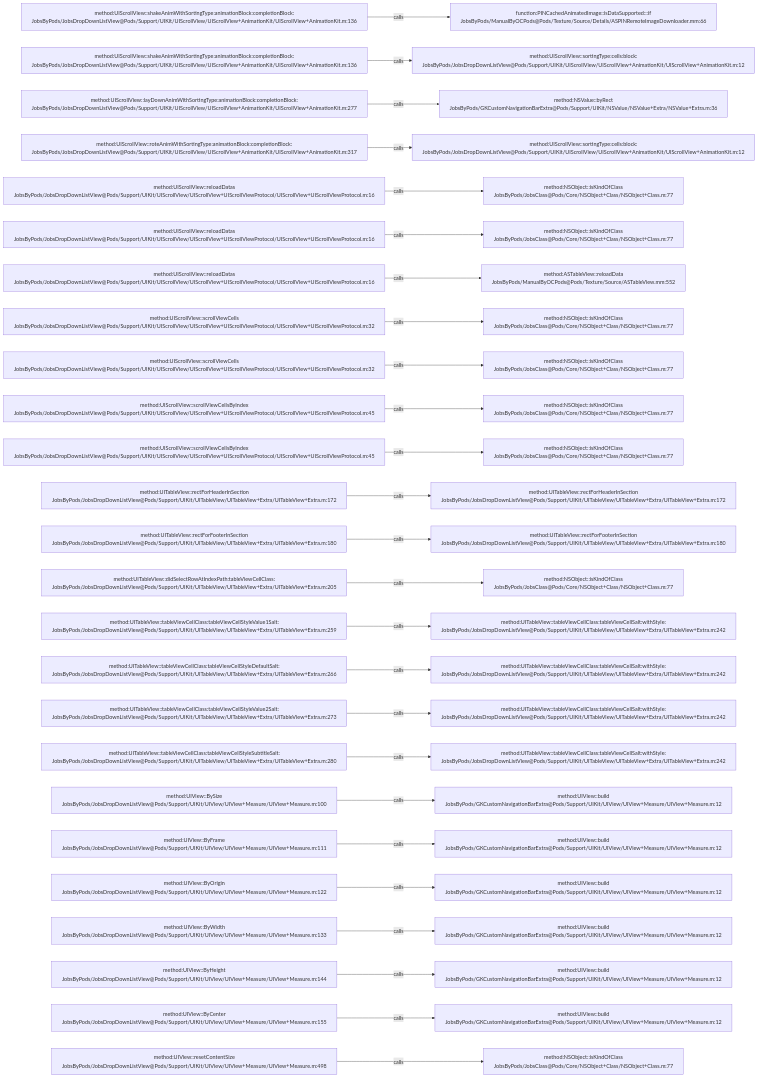
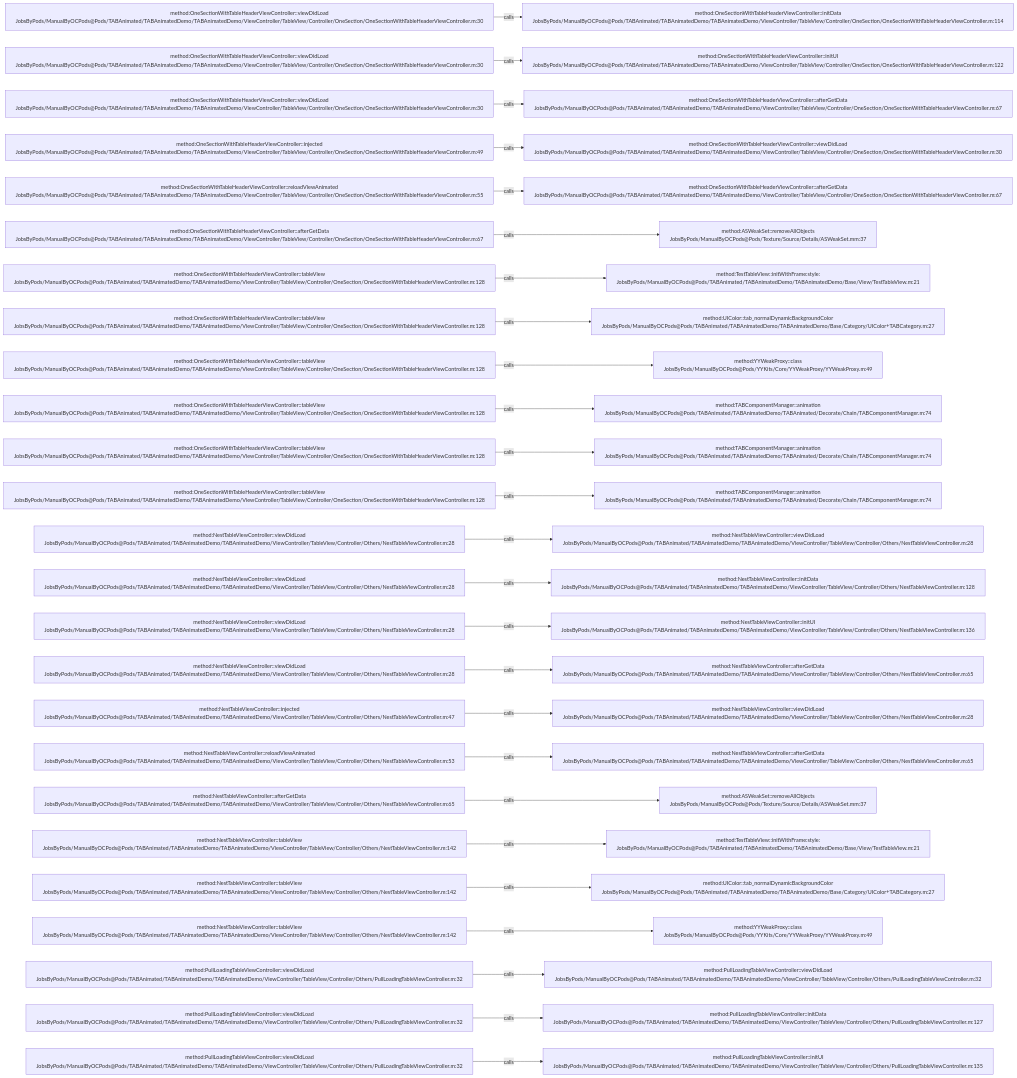
Before and after one commit to JobsKits/JobsOCBaseConfigDemo: the diagram in .codegraph/codegraph.md/graphs/calls-065.md, drawn with Mermaid. The commit also changed 2162 other files, not shown here.

````diff
--- a/.codegraph/codegraph.md/graphs/calls-065.md
+++ b/.codegraph/codegraph.md/graphs/calls-065.md
@@ -13,78 +13,78 @@
 ```mermaid
 flowchart LR
-  S1["method:UIScrollView::shakeAnimWithSortingType:animationBlock:completionBlock:<br/>JobsByPods/JobsDropDownListView@Pods/Support/UIKit/UIScrollView/UIScrollView+AnimationKit/UIScrollView+AnimationKit.m:136"]
-  T1["function:PINCachedAnimatedImage::isDataSupported:::if<br/>JobsByPods/ManualByOCPods@Pods/Texture/Source/Details/ASPINRemoteImageDownloader.mm:66"]
+  S1["method:OneSectionWithTableHeaderViewController::viewDidLoad<br/>JobsByPods/ManualByOCPods@Pods/TABAnimated/TABAnimatedDemo/TABAnimatedDemo/ViewController/TableView/Controller/OneSection/OneSectionWithTableHeaderViewController.m:30"]
+  T1["method:OneSectionWithTableHeaderViewController::initData<br/>JobsByPods/ManualByOCPods@Pods/TABAnimated/TABAnimatedDemo/TABAnimatedDemo/ViewController/TableView/Controller/OneSection/OneSectionWithTableHeaderViewController.m:114"]
   S1 -->|calls| T1
-  S2["method:UIScrollView::shakeAnimWithSortingType:animationBlock:completionBlock:<br/>JobsByPods/JobsDropDownListView@Pods/Support/UIKit/UIScrollView/UIScrollView+AnimationKit/UIScrollView+AnimationKit.m:136"]
-  T2["method:UIScrollView::sortingType:cells:block:<br/>JobsByPods/JobsDropDownListView@Pods/Support/UIKit/UIScrollView/UIScrollView+AnimationKit/UIScrollView+AnimationKit.m:12"]
+  S2["method:OneSectionWithTableHeaderViewController::viewDidLoad<br/>JobsByPods/ManualByOCPods@Pods/TABAnimated/TABAnimatedDemo/TABAnimatedDemo/ViewController/TableView/Controller/OneSection/OneSectionWithTableHeaderViewController.m:30"]
+  T2["method:OneSectionWithTableHeaderViewController::initUI<br/>JobsByPods/ManualByOCPods@Pods/TABAnimated/TABAnimatedDemo/TABAnimatedDemo/ViewController/TableView/Controller/OneSection/OneSectionWithTableHeaderViewController.m:122"]
   S2 -->|calls| T2
-  S3["method:UIScrollView::layDownAnimWithSortingType:animationBlock:completionBlock:<br/>JobsByPods/JobsDropDownListView@Pods/Support/UIKit/UIScrollView/UIScrollView+AnimationKit/UIScrollView+AnimationKit.m:277"]
-  T3["method:NSValue::byRect<br/>JobsByPods/GKCustomNavigationBarExtra@Pods/Support/UIKit/NSValue/NSValue+Extra/NSValue+Extra.m:36"]
+  S3["method:OneSectionWithTableHeaderViewController::viewDidLoad<br/>JobsByPods/ManualByOCPods@Pods/TABAnimated/TABAnimatedDemo/TABAnimatedDemo/ViewController/TableView/Controller/OneSection/OneSectionWithTableHeaderViewController.m:30"]
+  T3["method:OneSectionWithTableHeaderViewController::afterGetData<br/>JobsByPods/ManualByOCPods@Pods/TABAnimated/TABAnimatedDemo/TABAnimatedDemo/ViewController/TableView/Controller/OneSection/OneSectionWithTableHeaderViewController.m:67"]
   S3 -->|calls| T3
-  S4["method:UIScrollView::roteAnimWithSortingType:animationBlock:completionBlock:<br/>JobsByPods/JobsDropDownListView@Pods/Support/UIKit/UIScrollView/UIScrollView+AnimationKit/UIScrollView+AnimationKit.m:317"]
-  T4["method:UIScrollView::sortingType:cells:block:<br/>JobsByPods/JobsDropDownListView@Pods/Support/UIKit/UIScrollView/UIScrollView+AnimationKit/UIScrollView+AnimationKit.m:12"]
+  S4["method:OneSectionWithTableHeaderViewController::injected<br/>JobsByPods/ManualByOCPods@Pods/TABAnimated/TABAnimatedDemo/TABAnimatedDemo/ViewController/TableView/Controller/OneSection/OneSectionWithTableHeaderViewController.m:49"]
+  T4["method:OneSectionWithTableHeaderViewController::viewDidLoad<br/>JobsByPods/ManualByOCPods@Pods/TABAnimated/TABAnimatedDemo/TABAnimatedDemo/ViewController/TableView/Controller/OneSection/OneSectionWithTableHeaderViewController.m:30"]
   S4 -->|calls| T4
-  S5["method:UIScrollView::reloadDatas<br/>JobsByPods/JobsDropDownListView@Pods/Support/UIKit/UIScrollView/UIScrollView+UIScrollViewProtocol/UIScrollView+UIScrollViewProtocol.m:16"]
-  T5["method:NSObject::isKindOfClass<br/>JobsByPods/JobsClass@Pods/Core/NSObject+Class/NSObject+Class.m:77"]
+  S5["method:OneSectionWithTableHeaderViewController::reloadViewAnimated<br/>JobsByPods/ManualByOCPods@Pods/TABAnimated/TABAnimatedDemo/TABAnimatedDemo/ViewController/TableView/Controller/OneSection/OneSectionWithTableHeaderViewController.m:55"]
+  T5["method:OneSectionWithTableHeaderViewController::afterGetData<br/>JobsByPods/ManualByOCPods@Pods/TABAnimated/TABAnimatedDemo/TABAnimatedDemo/ViewController/TableView/Controller/OneSection/OneSectionWithTableHeaderViewController.m:67"]
   S5 -->|calls| T5
-  S6["method:UIScrollView::reloadDatas<br/>JobsByPods/JobsDropDownListView@Pods/Support/UIKit/UIScrollView/UIScrollView+UIScrollViewProtocol/UIScrollView+UIScrollViewProtocol.m:16"]
-  T6["method:NSObject::isKindOfClass<br/>JobsByPods/JobsClass@Pods/Core/NSObject+Class/NSObject+Class.m:77"]
+  S6["method:OneSectionWithTableHeaderViewController::afterGetData<br/>JobsByPods/ManualByOCPods@Pods/TABAnimated/TABAnimatedDemo/TABAnimatedDemo/ViewController/TableView/Controller/OneSection/OneSectionWithTableHeaderViewController.m:67"]
+  T6["method:ASWeakSet::removeAllObjects<br/>JobsByPods/ManualByOCPods@Pods/Texture/Source/Details/ASWeakSet.mm:37"]
   S6 -->|calls| T6
-  S7["method:UIScrollView::reloadDatas<br/>JobsByPods/JobsDropDownListView@Pods/Support/UIKit/UIScrollView/UIScrollView+UIScrollViewProtocol/UIScrollView+UIScrollViewProtocol.m:16"]
-  T7["method:ASTableView::reloadData<br/>JobsByPods/ManualByOCPods@Pods/Texture/Source/ASTableView.mm:552"]
+  S7["method:OneSectionWithTableHeaderViewController::tableView<br/>JobsByPods/ManualByOCPods@Pods/TABAnimated/TABAnimatedDemo/TABAnimatedDemo/ViewController/TableView/Controller/OneSection/OneSectionWithTableHeaderViewController.m:128"]
+  T7["method:TestTableView::initWithFrame:style:<br/>JobsByPods/ManualByOCPods@Pods/TABAnimated/TABAnimatedDemo/TABAnimatedDemo/Base/View/TestTableView.m:21"]
   S7 -->|calls| T7
-  S8["method:UIScrollView::scrollViewCells<br/>JobsByPods/JobsDropDownListView@Pods/Support/UIKit/UIScrollView/UIScrollView+UIScrollViewProtocol/UIScrollView+UIScrollViewProtocol.m:32"]
-  T8["method:NSObject::isKindOfClass<br/>JobsByPods/JobsClass@Pods/Core/NSObject+Class/NSObject+Class.m:77"]
+  S8["method:OneSectionWithTableHeaderViewController::tableView<br/>JobsByPods/ManualByOCPods@Pods/TABAnimated/TABAnimatedDemo/TABAnimatedDemo/ViewController/TableView/Controller/OneSection/OneSectionWithTableHeaderViewController.m:128"]
+  T8["method:UIColor::tab_normalDynamicBackgroundColor<br/>JobsByPods/ManualByOCPods@Pods/TABAnimated/TABAnimatedDemo/TABAnimatedDemo/Base/Category/UIColor+TABCategory.m:27"]
   S8 -->|calls| T8
-  S9["method:UIScrollView::scrollViewCells<br/>JobsByPods/JobsDropDownListView@Pods/Support/UIKit/UIScrollView/UIScrollView+UIScrollViewProtocol/UIScrollView+UIScrollViewProtocol.m:32"]
-  T9["method:NSObject::isKindOfClass<br/>JobsByPods/JobsClass@Pods/Core/NSObject+Class/NSObject+Class.m:77"]
+  S9["method:OneSectionWithTableHeaderViewController::tableView<br/>JobsByPods/ManualByOCPods@Pods/TABAnimated/TABAnimatedDemo/TABAnimatedDemo/ViewController/TableView/Controller/OneSection/OneSectionWithTableHeaderViewController.m:128"]
+  T9["method:YYWeakProxy::class<br/>JobsByPods/ManualByOCPods@Pods/YYKits/Core/YYWeakProxy/YYWeakProxy.m:49"]
   S9 -->|calls| T9
-  S10["method:UIScrollView::scrollViewCellsByIndex<br/>JobsByPods/JobsDropDownListView@Pods/Support/UIKit/UIScrollView/UIScrollView+UIScrollViewProtocol/UIScrollView+UIScrollViewProtocol.m:45"]
-  T10["method:NSObject::isKindOfClass<br/>JobsByPods/JobsClass@Pods/Core/NSObject+Class/NSObject+Class.m:77"]
+  S10["method:OneSectionWithTableHeaderViewController::tableView<br/>JobsByPods/ManualByOCPods@Pods/TABAnimated/TABAnimatedDemo/TABAnimatedDemo/ViewController/TableView/Controller/OneSection/OneSectionWithTableHeaderViewController.m:128"]
+  T10["method:TABComponentManager::animation<br/>JobsByPods/ManualByOCPods@Pods/TABAnimated/TABAnimatedDemo/TABAnimated/Decorate/Chain/TABComponentManager.m:74"]
   S10 -->|calls| T10
-  S11["method:UIScrollView::scrollViewCellsByIndex<br/>JobsByPods/JobsDropDownListView@Pods/Support/UIKit/UIScrollView/UIScrollView+UIScrollViewProtocol/UIScrollView+UIScrollViewProtocol.m:45"]
-  T11["method:NSObject::isKindOfClass<br/>JobsByPods/JobsClass@Pods/Core/NSObject+Class/NSObject+Class.m:77"]
+  S11["method:OneSectionWithTableHeaderViewController::tableView<br/>JobsByPods/ManualByOCPods@Pods/TABAnimated/TABAnimatedDemo/TABAnimatedDemo/ViewController/TableView/Controller/OneSection/OneSectionWithTableHeaderViewController.m:128"]
+  T11["method:TABComponentManager::animation<br/>JobsByPods/ManualByOCPods@Pods/TABAnimated/TABAnimatedDemo/TABAnimated/Decorate/Chain/TABComponentManager.m:74"]
   S11 -->|calls| T11
-  S12["method:UITableView::rectForHeaderInSection<br/>JobsByPods/JobsDropDownListView@Pods/Support/UIKit/UITableView/UITableView+Extra/UITableView+Extra.m:172"]
-  T12["method:UITableView::rectForHeaderInSection<br/>JobsByPods/JobsDropDownListView@Pods/Support/UIKit/UITableView/UITableView+Extra/UITableView+Extra.m:172"]
+  S12["method:OneSectionWithTableHeaderViewController::tableView<br/>JobsByPods/ManualByOCPods@Pods/TABAnimated/TABAnimatedDemo/TABAnimatedDemo/ViewController/TableView/Controller/OneSection/OneSectionWithTableHeaderViewController.m:128"]
+  T12["method:TABComponentManager::animation<br/>JobsByPods/ManualByOCPods@Pods/TABAnimated/TABAnimatedDemo/TABAnimated/Decorate/Chain/TABComponentManager.m:74"]
   S12 -->|calls| T12
-  S13["method:UITableView::rectForFooterInSection<br/>JobsByPods/JobsDropDownListView@Pods/Support/UIKit/UITableView/UITableView+Extra/UITableView+Extra.m:180"]
-  T13["method:UITableView::rectForFooterInSection<br/>JobsByPods/JobsDropDownListView@Pods/Support/UIKit/UITableView/UITableView+Extra/UITableView+Extra.m:180"]
+  S13["method:NestTableViewController::viewDidLoad<br/>JobsByPods/ManualByOCPods@Pods/TABAnimated/TABAnimatedDemo/TABAnimatedDemo/ViewController/TableView/Controller/Others/NestTableViewController.m:28"]
+  T13["method:NestTableViewController::viewDidLoad<br/>JobsByPods/ManualByOCPods@Pods/TABAnimated/TABAnimatedDemo/TABAnimatedDemo/ViewController/TableView/Controller/Others/NestTableViewController.m:28"]
   S13 -->|calls| T13
-  S14["method:UITableView::didSelectRowAtIndexPath:tableViewCellClass:<br/>JobsByPods/JobsDropDownListView@Pods/Support/UIKit/UITableView/UITableView+Extra/UITableView+Extra.m:205"]
-  T14["method:NSObject::isKindOfClass<br/>JobsByPods/JobsClass@Pods/Core/NSObject+Class/NSObject+Class.m:77"]
+  S14["method:NestTableViewController::viewDidLoad<br/>JobsByPods/ManualByOCPods@Pods/TABAnimated/TABAnimatedDemo/TABAnimatedDemo/ViewController/TableView/Controller/Others/NestTableViewController.m:28"]
+  T14["method:NestTableViewController::initData<br/>JobsByPods/ManualByOCPods@Pods/TABAnimated/TABAnimatedDemo/TABAnimatedDemo/ViewController/TableView/Controller/Others/NestTableViewController.m:128"]
   S14 -->|calls| T14
-  S15["method:UITableView::tableViewCellClass:tableViewCellStyleValue1Salt:<br/>JobsByPods/JobsDropDownListView@Pods/Support/UIKit/UITableView/UITableView+Extra/UITableView+Extra.m:259"]
-  T15["method:UITableView::tableViewCellClass:tableViewCellSalt:withStyle:<br/>JobsByPods/JobsDropDownListView@Pods/Support/UIKit/UITableView/UITableView+Extra/UITableView+Extra.m:242"]
+  S15["method:NestTableViewController::viewDidLoad<br/>JobsByPods/ManualByOCPods@Pods/TABAnimated/TABAnimatedDemo/TABAnimatedDemo/ViewController/TableView/Controller/Others/NestTableViewController.m:28"]
+  T15["method:NestTableViewController::initUI<br/>JobsByPods/ManualByOCPods@Pods/TABAnimated/TABAnimatedDemo/TABAnimatedDemo/ViewController/TableView/Controller/Others/NestTableViewController.m:136"]
   S15 -->|calls| T15
-  S16["method:UITableView::tableViewCellClass:tableViewCellStyleDefaultSalt:<br/>JobsByPods/JobsDropDownListView@Pods/Support/UIKit/UITableView/UITableView+Extra/UITableView+Extra.m:266"]
-  T16["method:UITableView::tableViewCellClass:tableViewCellSalt:withStyle:<br/>JobsByPods/JobsDropDownListView@Pods/Support/UIKit/UITableView/UITableView+Extra/UITableView+Extra.m:242"]
+  S16["method:NestTableViewController::viewDidLoad<br/>JobsByPods/ManualByOCPods@Pods/TABAnimated/TABAnimatedDemo/TABAnimatedDemo/ViewController/TableView/Controller/Others/NestTableViewController.m:28"]
+  T16["method:NestTableViewController::afterGetData<br/>JobsByPods/ManualByOCPods@Pods/TABAnimated/TABAnimatedDemo/TABAnimatedDemo/ViewController/TableView/Controller/Others/NestTableViewController.m:65"]
   S16 -->|calls| T16
-  S17["method:UITableView::tableViewCellClass:tableViewCellStyleValue2Salt:<br/>JobsByPods/JobsDropDownListView@Pods/Support/UIKit/UITableView/UITableView+Extra/UITableView+Extra.m:273"]
-  T17["method:UITableView::tableViewCellClass:tableViewCellSalt:withStyle:<br/>JobsByPods/JobsDropDownListView@Pods/Support/UIKit/UITableView/UITableView+Extra/UITableView+Extra.m:242"]
+  S17["method:NestTableViewController::injected<br/>JobsByPods/ManualByOCPods@Pods/TABAnimated/TABAnimatedDemo/TABAnimatedDemo/ViewController/TableView/Controller/Others/NestTableViewController.m:47"]
+  T17["method:NestTableViewController::viewDidLoad<br/>JobsByPods/ManualByOCPods@Pods/TABAnimated/TABAnimatedDemo/TABAnimatedDemo/ViewController/TableView/Controller/Others/NestTableViewController.m:28"]
   S17 -->|calls| T17
-  S18["method:UITableView::tableViewCellClass:tableViewCellStyleSubtitleSalt:<br/>JobsByPods/JobsDropDownListView@Pods/Support/UIKit/UITableView/UITableView+Extra/UITableView+Extra.m:280"]
-  T18["method:UITableView::tableViewCellClass:tableViewCellSalt:withStyle:<br/>JobsByPods/JobsDropDownListView@Pods/Support/UIKit/UITableView/UITableView+Extra/UITableView+Extra.m:242"]
+  S18["method:NestTableViewController::reloadViewAnimated<br/>JobsByPods/ManualByOCPods@Pods/TABAnimated/TABAnimatedDemo/TABAnimatedDemo/ViewController/TableView/Controller/Others/NestTableViewController.m:53"]
+  T18["method:NestTableViewController::afterGetData<br/>JobsByPods/ManualByOCPods@Pods/TABAnimated/TABAnimatedDemo/TABAnimatedDemo/ViewController/TableView/Controller/Others/NestTableViewController.m:65"]
   S18 -->|calls| T18
-  S19["method:UIView::BySize<br/>JobsByPods/JobsDropDownListView@Pods/Support/UIKit/UIView/UIView+Measure/UIView+Measure.m:100"]
-  T19["method:UIView::build<br/>JobsByPods/GKCustomNavigationBarExtra@Pods/Support/UIKit/UIView/UIView+Measure/UIView+Measure.m:12"]
+  S19["method:NestTableViewController::afterGetData<br/>JobsByPods/ManualByOCPods@Pods/TABAnimated/TABAnimatedDemo/TABAnimatedDemo/ViewController/TableView/Controller/Others/NestTableViewController.m:65"]
+  T19["method:ASWeakSet::removeAllObjects<br/>JobsByPods/ManualByOCPods@Pods/Texture/Source/Details/ASWeakSet.mm:37"]
   S19 -->|calls| T19
-  S20["method:UIView::ByFrame<br/>JobsByPods/JobsDropDownListView@Pods/Support/UIKit/UIView/UIView+Measure/UIView+Measure.m:111"]
-  T20["method:UIView::build<br/>JobsByPods/GKCustomNavigationBarExtra@Pods/Support/UIKit/UIView/UIView+Measure/UIView+Measure.m:12"]
+  S20["method:NestTableViewController::tableView<br/>JobsByPods/ManualByOCPods@Pods/TABAnimated/TABAnimatedDemo/TABAnimatedDemo/ViewController/TableView/Controller/Others/NestTableViewController.m:142"]
+  T20["method:TestTableView::initWithFrame:style:<br/>JobsByPods/ManualByOCPods@Pods/TABAnimated/TABAnimatedDemo/TABAnimatedDemo/Base/View/TestTableView.m:21"]
   S20 -->|calls| T20
-  S21["method:UIView::ByOrigin<br/>JobsByPods/JobsDropDownListView@Pods/Support/UIKit/UIView/UIView+Measure/UIView+Measure.m:122"]
-  T21["method:UIView::build<br/>JobsByPods/GKCustomNavigationBarExtra@Pods/Support/UIKit/UIView/UIView+Measure/UIView+Measure.m:12"]
+  S21["method:NestTableViewController::tableView<br/>JobsByPods/ManualByOCPods@Pods/TABAnimated/TABAnimatedDemo/TABAnimatedDemo/ViewController/TableView/Controller/Others/NestTableViewController.m:142"]
+  T21["method:UIColor::tab_normalDynamicBackgroundColor<br/>JobsByPods/ManualByOCPods@Pods/TABAnimated/TABAnimatedDemo/TABAnimatedDemo/Base/Category/UIColor+TABCategory.m:27"]
   S21 -->|calls| T21
-  S22["method:UIView::ByWidth<br/>JobsByPods/JobsDropDownListView@Pods/Support/UIKit/UIView/UIView+Measure/UIView+Measure.m:133"]
-  T22["method:UIView::build<br/>JobsByPods/GKCustomNavigationBarExtra@Pods/Support/UIKit/UIView/UIView+Measure/UIView+Measure.m:12"]
+  S22["method:NestTableViewController::tableView<br/>JobsByPods/ManualByOCPods@Pods/TABAnimated/TABAnimatedDemo/TABAnimatedDemo/ViewController/TableView/Controller/Others/NestTableViewController.m:142"]
+  T22["method:YYWeakProxy::class<br/>JobsByPods/ManualByOCPods@Pods/YYKits/Core/YYWeakProxy/YYWeakProxy.m:49"]
   S22 -->|calls| T22
-  S23["method:UIView::ByHeight<br/>JobsByPods/JobsDropDownListView@Pods/Support/UIKit/UIView/UIView+Measure/UIView+Measure.m:144"]
-  T23["method:UIView::build<br/>JobsByPods/GKCustomNavigationBarExtra@Pods/Support/UIKit/UIView/UIView+Measure/UIView+Measure.m:12"]
+  S23["method:PullLoadingTableViewController::viewDidLoad<br/>JobsByPods/ManualByOCPods@Pods/TABAnimated/TABAnimatedDemo/TABAnimatedDemo/ViewController/TableView/Controller/Others/PullLoadingTableViewController.m:32"]
+  T23["method:PullLoadingTableViewController::viewDidLoad<br/>JobsByPods/ManualByOCPods@Pods/TABAnimated/TABAnimatedDemo/TABAnimatedDemo/ViewController/TableView/Controller/Others/PullLoadingTableViewController.m:32"]
   S23 -->|calls| T23
-  S24["method:UIView::ByCenter<br/>JobsByPods/JobsDropDownListView@Pods/Support/UIKit/UIView/UIView+Measure/UIView+Measure.m:155"]
-  T24["method:UIView::build<br/>JobsByPods/GKCustomNavigationBarExtra@Pods/Support/UIKit/UIView/UIView+Measure/UIView+Measure.m:12"]
+  S24["method:PullLoadingTableViewController::viewDidLoad<br/>JobsByPods/ManualByOCPods@Pods/TABAnimated/TABAnimatedDemo/TABAnimatedDemo/ViewController/TableView/Controller/Others/PullLoadingTableViewController.m:32"]
+  T24["method:PullLoadingTableViewController::initData<br/>JobsByPods/ManualByOCPods@Pods/TABAnimated/TABAnimatedDemo/TABAnimatedDemo/ViewController/TableView/Controller/Others/PullLoadingTableViewController.m:127"]
   S24 -->|calls| T24
-  S25["method:UIView::resetContentSize<br/>JobsByPods/JobsDropDownListView@Pods/Support/UIKit/UIView/UIView+Measure/UIView+Measure.m:498"]
-  T25["method:NSObject::isKindOfClass<br/>JobsByPods/JobsClass@Pods/Core/NSObject+Class/NSObject+Class.m:77"]
+  S25["method:PullLoadingTableViewController::viewDidLoad<br/>JobsByPods/ManualByOCPods@Pods/TABAnimated/TABAnimatedDemo/TABAnimatedDemo/ViewController/TableView/Controller/Others/PullLoadingTableViewController.m:32"]
+  T25["method:PullLoadingTableViewController::initUI<br/>JobsByPods/ManualByOCPods@Pods/TABAnimated/TABAnimatedDemo/TABAnimatedDemo/ViewController/TableView/Controller/Others/PullLoadingTableViewController.m:135"]
   S25 -->|calls| T25
 ```
````
